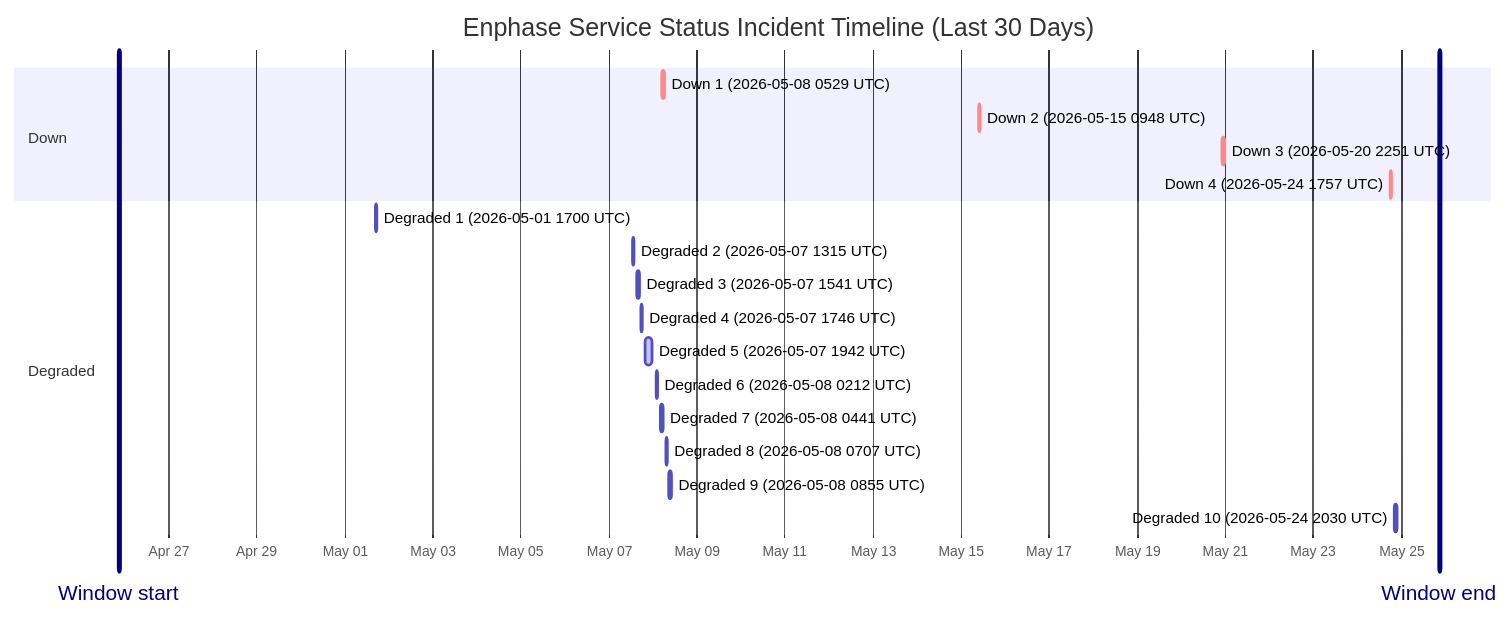
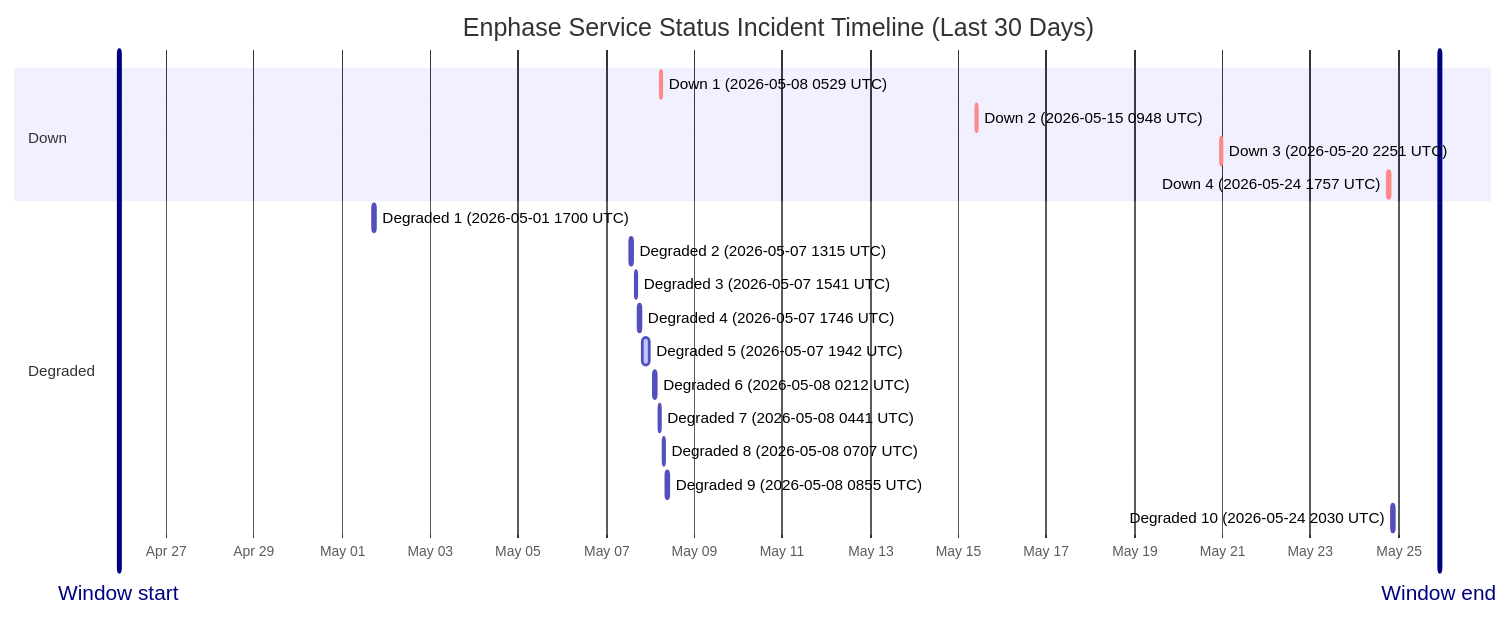
Before and after one commit to barneyonline/ha-enphase-ev-charger: the diagram in wiki/Service-Status-History.md, drawn with Mermaid. The commit also changed other lines of this file and 3 other files, not shown here.

````diff
--- a/wiki/Service-Status-History.md
+++ b/wiki/Service-Status-History.md
@@ -14,24 +14,24 @@
 ```mermaid
 gantt
     title Enphase Service Status Incident Timeline (Last 30 Days)
     dateFormat  YYYY-MM-DDTHH:mm:ss
     axisFormat  %b %d
-    Window start :vert, window-start, 2026-04-25T20:49:42, 0ms
-    Window end :vert, window-end, 2026-05-25T20:49:42, 0ms
+    Window start :vert, window-start, 2026-04-25T22:07:07, 0ms
+    Window end :vert, window-end, 2026-05-25T22:07:07, 0ms
     section Down
     Down 1 (2026-05-08 0529 UTC) :crit, down-1, 2026-05-08T05:29:47, 60m
     Down 2 (2026-05-15 0948 UTC) :crit, down-2, 2026-05-15T09:48:18, 60m
     Down 3 (2026-05-20 2251 UTC) :crit, down-3, 2026-05-20T22:51:14, 75m
     Down 4 (2026-05-24 1757 UTC) :crit, down-4, 2026-05-24T17:57:41, 86m
     section Degraded
     Degraded 1 (2026-05-01 1700 UTC) :active, degraded-1, 2026-05-01T17:00:22, 60m
     Degraded 2 (2026-05-07 1315 UTC) :active, degraded-2, 2026-05-07T13:15:25, 60m
     Degraded 3 (2026-05-07 1541 UTC) :active, degraded-3, 2026-05-07T15:41:58, 60m
     Degraded 4 (2026-05-07 1746 UTC) :active, degraded-4, 2026-05-07T17:46:51, 60m
     Degraded 5 (2026-05-07 1942 UTC) :active, degraded-5, 2026-05-07T19:42:10, 249m
     Degraded 6 (2026-05-08 0212 UTC) :active, degraded-6, 2026-05-08T02:12:39, 60m
     Degraded 7 (2026-05-08 0441 UTC) :active, degraded-7, 2026-05-08T04:41:46, 60m
     Degraded 8 (2026-05-08 0707 UTC) :active, degraded-8, 2026-05-08T07:07:30, 60m
     Degraded 9 (2026-05-08 0855 UTC) :active, degraded-9, 2026-05-08T08:55:20, 88m
     Degraded 10 (2026-05-24 2030 UTC) :active, degraded-10, 2026-05-24T20:30:57, 84m
 ```
````
